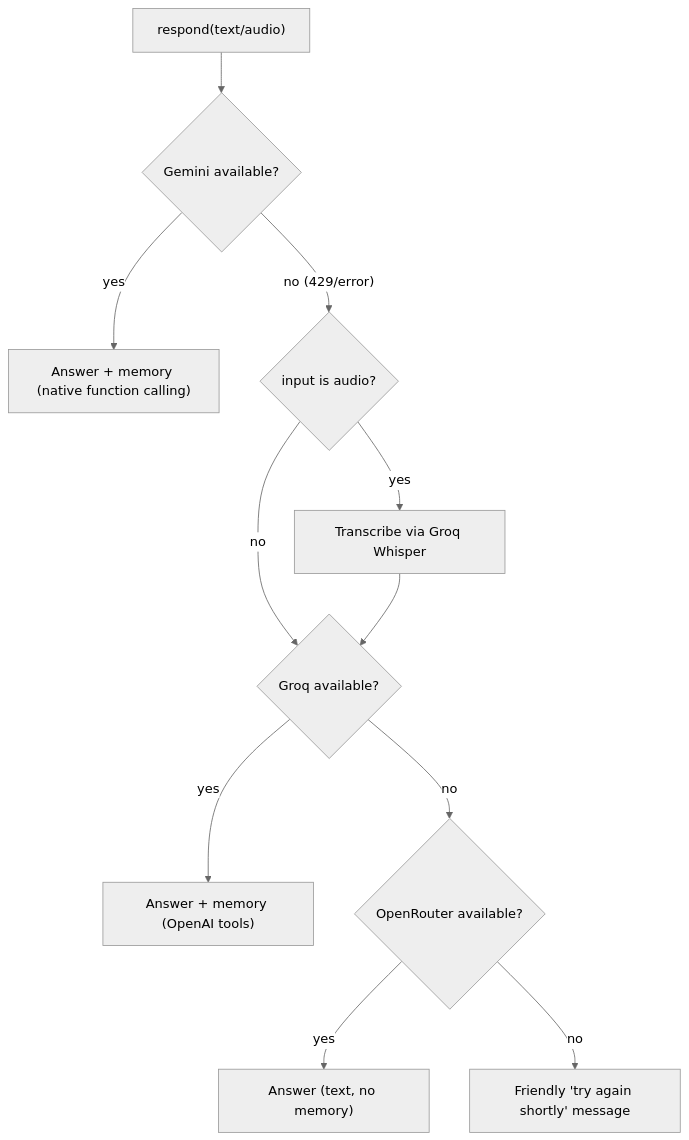
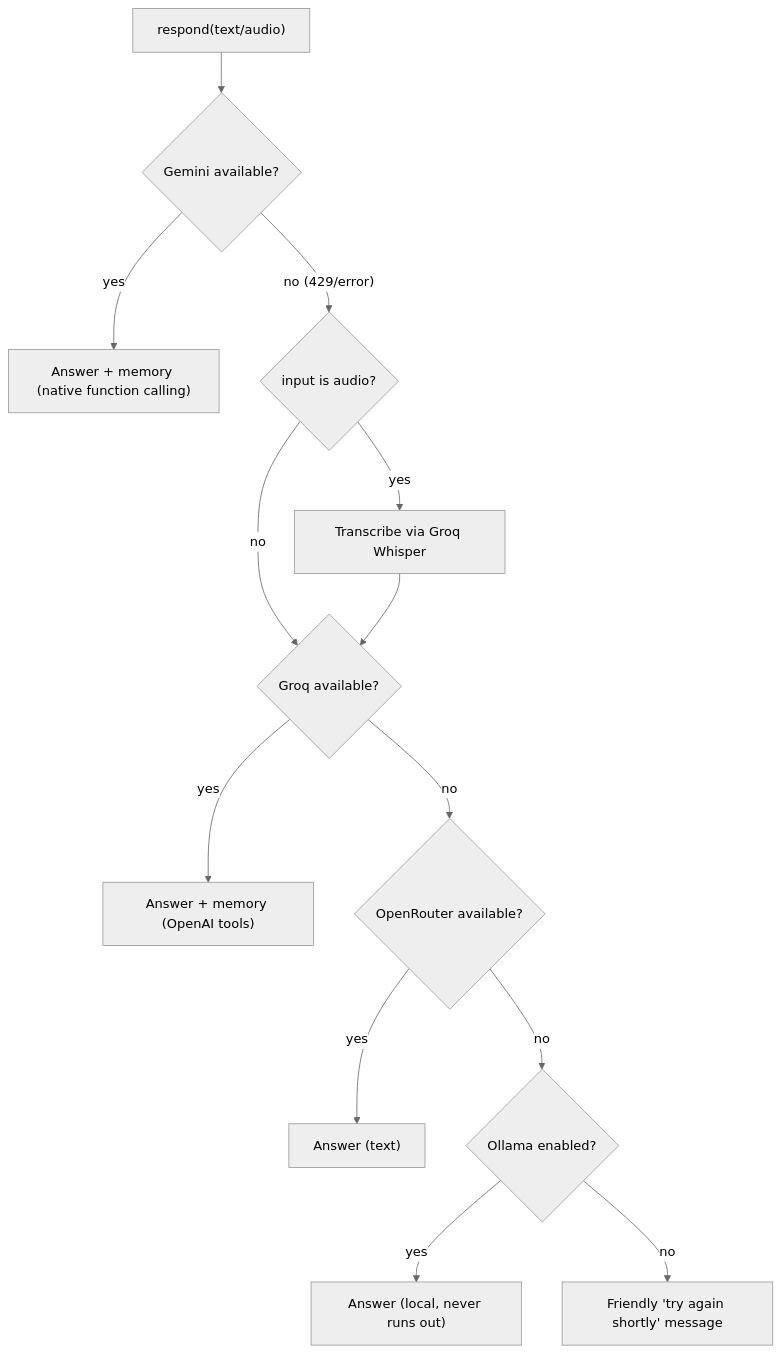
The second of 4 diagrams in docs/architecture.md (Ryanditko/E.V), drawn with Mermaid (neutral theme) before and after one commit. The commit also changed other lines of this file and 10 other files, not shown here.

````diff
--- a/docs/architecture.md
+++ b/docs/architecture.md
@@ -56,13 +56,15 @@
 ```mermaid
 flowchart TD
     START["respond(text/audio)"] --> GEM{"Gemini available?"}
     GEM -- yes --> GEMOK["Answer + memory (native function calling)"]
     GEM -- "no (429/error)" --> AUD{"input is audio?"}
     AUD -- yes --> WHIS["Transcribe via Groq Whisper"]
     AUD -- no --> GROQ
     WHIS --> GROQ{"Groq available?"}
     GROQ -- yes --> GROQOK["Answer + memory (OpenAI tools)"]
     GROQ -- no --> OR{"OpenRouter available?"}
-    OR -- yes --> OROK["Answer (text, no memory)"]
-    OR -- no --> DOWN["Friendly 'try again shortly' message"]
+    OR -- yes --> OROK["Answer (text)"]
+    OR -- no --> OLL{"Ollama enabled?"}
+    OLL -- yes --> OLLOK["Answer (local, never runs out)"]
+    OLL -- no --> DOWN["Friendly 'try again shortly' message"]
 ```
````
